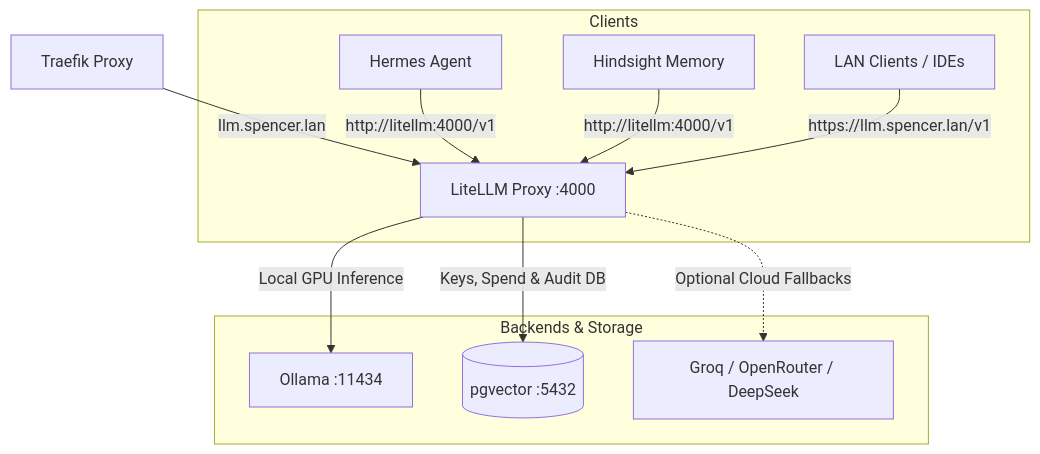
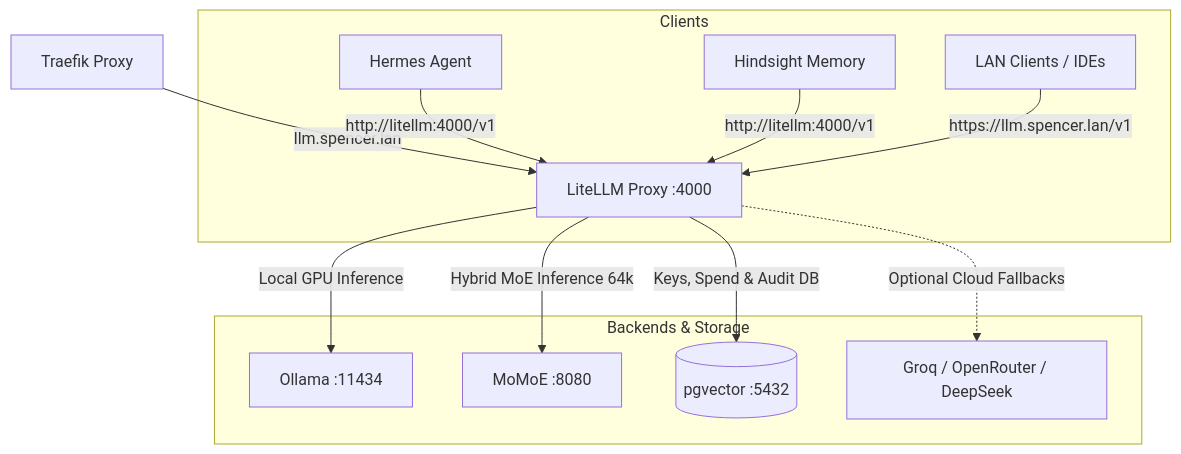
The diagram in docs/litellm.md (jamesbspencer/homelab), drawn with Mermaid before and after one commit. The commit also changed other lines of this file and 15 other files, not shown here.

First line of the commit message:
feat(ai): integrate MoMoE hybrid 64k inference engine and synchronize workspace documentation

````diff
--- a/docs/litellm.md
+++ b/docs/litellm.md
@@ -21,16 +21,17 @@
 ```mermaid
 graph TD
     Traefik[Traefik Proxy] -->|llm.spencer.lan| LiteLLM[LiteLLM Proxy :4000]
     
     subgraph Clients
         Hermes[Hermes Agent] -->|http://litellm:4000/v1| LiteLLM
         Hindsight[Hindsight Memory] -->|http://litellm:4000/v1| LiteLLM
         LAN[LAN Clients / IDEs] -->|https://llm.spencer.lan/v1| LiteLLM
     end
 
     subgraph Backends & Storage
         LiteLLM -->|Local GPU Inference| Ollama[Ollama :11434]
+        LiteLLM -->|Hybrid MoE Inference 64k| MoMoE[MoMoE :8080]
         LiteLLM -->|Keys, Spend & Audit DB| PgVector[(pgvector :5432)]
         LiteLLM -.->|Optional Cloud Fallbacks| Cloud[Groq / OpenRouter / DeepSeek]
     end
 ```
````
